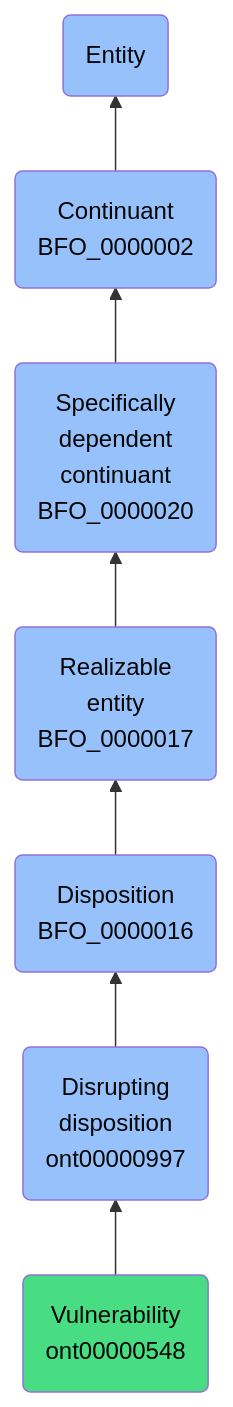
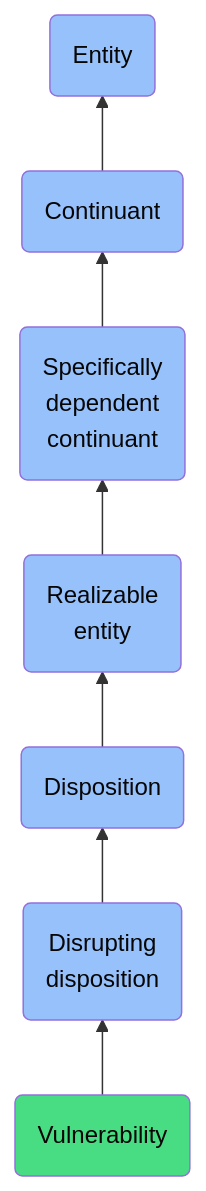
Before and after one commit to jupyter-naas/abi: the diagram in docs/ontology/reference/model/Entity/Continuant/Specifically dependent continuant/Realizable entity/Disposition/Disrupting disposition/Vulnerability/Vulnerability.md, drawn with Mermaid. The commit also changed other lines of this file and 1430 other files, not shown here.

````diff
--- a/docs/ontology/reference/model/Entity/Continuant/Specifically dependent continuant/Realizable entity/Disposition/Disrupting disposition/Vulnerability/Vulnerability.md
+++ b/docs/ontology/reference/model/Entity/Continuant/Specifically dependent continuant/Realizable entity/Disposition/Disrupting disposition/Vulnerability/Vulnerability.md
@@ -24,14 +24,14 @@
 ```mermaid
 graph BT
-    ont00000548(Vulnerability<br>ont00000548):::ABI-->ont00000997
-    ont00000997(Disrupting<br>disposition<br>ont00000997):::BFO-->BFO_0000016
-    BFO_0000016(Disposition<br>BFO_0000016):::BFO-->BFO_0000017
-    BFO_0000017(Realizable<br>entity<br>BFO_0000017):::BFO-->BFO_0000020
-    BFO_0000020(Specifically<br>dependent<br>continuant<br>BFO_0000020):::BFO-->BFO_0000002
-    BFO_0000002(Continuant<br>BFO_0000002):::BFO-->BFO_0000001
+    ont00000548(Vulnerability):::ABI-->ont00000997
+    ont00000997(Disrupting<br>disposition):::BFO-->BFO_0000016
+    BFO_0000016(Disposition):::BFO-->BFO_0000017
+    BFO_0000017(Realizable<br>entity):::BFO-->BFO_0000020
+    BFO_0000020(Specifically<br>dependent<br>continuant):::BFO-->BFO_0000002
+    BFO_0000002(Continuant):::BFO-->BFO_0000001
     BFO_0000001(Entity):::BFO
     
     classDef BFO fill:#97c1fb,color:#060606
     classDef CCO fill:#e4c51e,color:#060606
     classDef ABI fill:#48DD82,color:#060606
 ```
````
